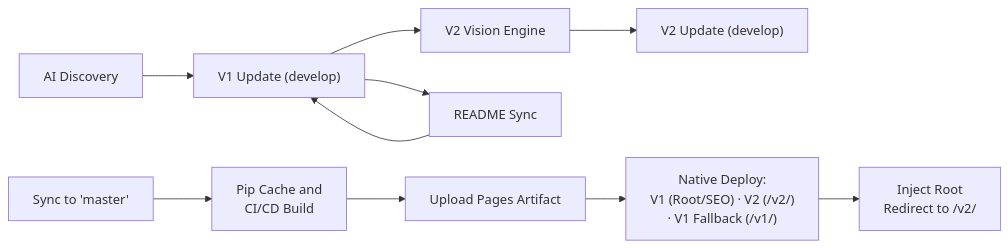
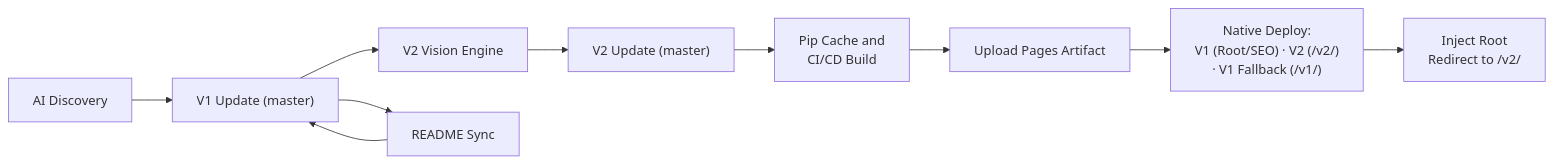
Diagram 14 of 14 in README.md (nubenetes/awesome-kubernetes), drawn with Mermaid before and after one commit. The commit also changed other lines of this file and 25 other files, not shown here.

Commit message:
feat(ci): migrate repository architecture to trunk-based development on master

````diff
--- a/README.md
+++ b/README.md
@@ -1250,12 +1243,12 @@
 ```mermaid
 graph LR
-    A["AI Discovery"] --> B["V1 Update (develop)"]
+    A["AI Discovery"] --> B["V1 Update (master)"]
     B --> D["V2 Vision Engine"]
     B --> Z["README Sync"]
-    D --> E["V2 Update (develop)"]
-    M["Sync to 'master'"] --> C["Pip Cache and<br/>CI/CD Build"]
+    D --> E["V2 Update (master)"]
+    E --> C["Pip Cache and<br/>CI/CD Build"]
     C --> F["Upload Pages Artifact"]
     F --> G["Native Deploy:<br/>V1 (Root/SEO) · V2 (/v2/)<br/>· V1 Fallback (/v1/)"]
     G --> H["Inject Root<br/>Redirect to /v2/"]
     Z --> B
 ```
````
